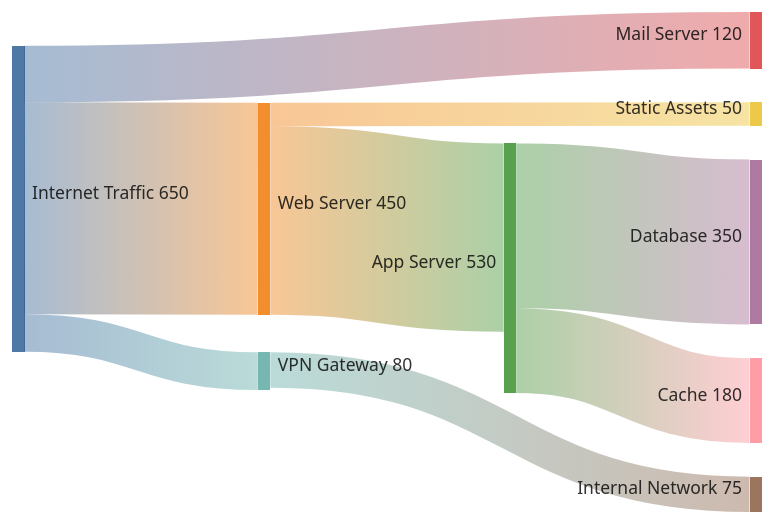
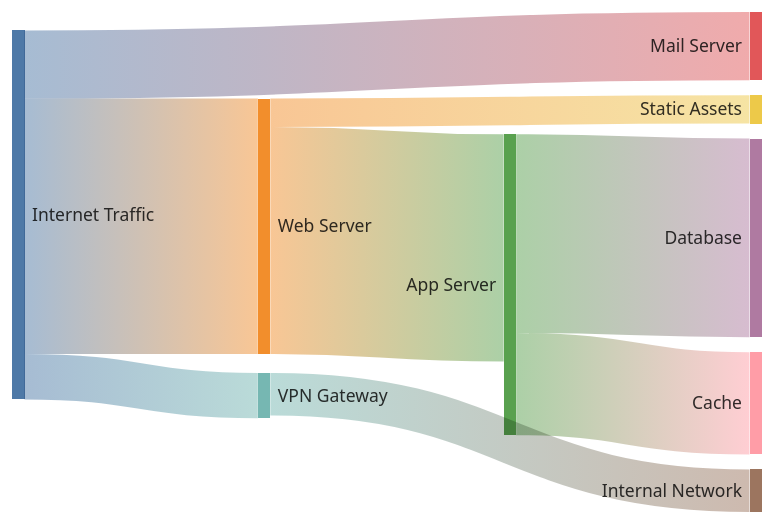
The first of 2 diagrams in src/mcp_server/tools/core/mermaid_refs/sankey.md (guardiankey/gsage-ai-soc), drawn with Mermaid before and after one commit. The commit also changed other lines of this file and 30 other files, not shown here.

````diff
--- a/src/mcp_server/tools/core/mermaid_refs/sankey.md
+++ b/src/mcp_server/tools/core/mermaid_refs/sankey.md
@@ -35,11 +58,16 @@
 ```mermaid
+---
+config:
+  sankey:
+    showValues: false
+---
 sankey-beta
 Internet Traffic,Web Server,450
 Internet Traffic,Mail Server,120
 Internet Traffic,VPN Gateway,80
 Web Server,App Server,400
 Web Server,Static Assets,50
 App Server,Database,350
 App Server,Cache,180
 VPN Gateway,Internal Network,75
 ```
````
